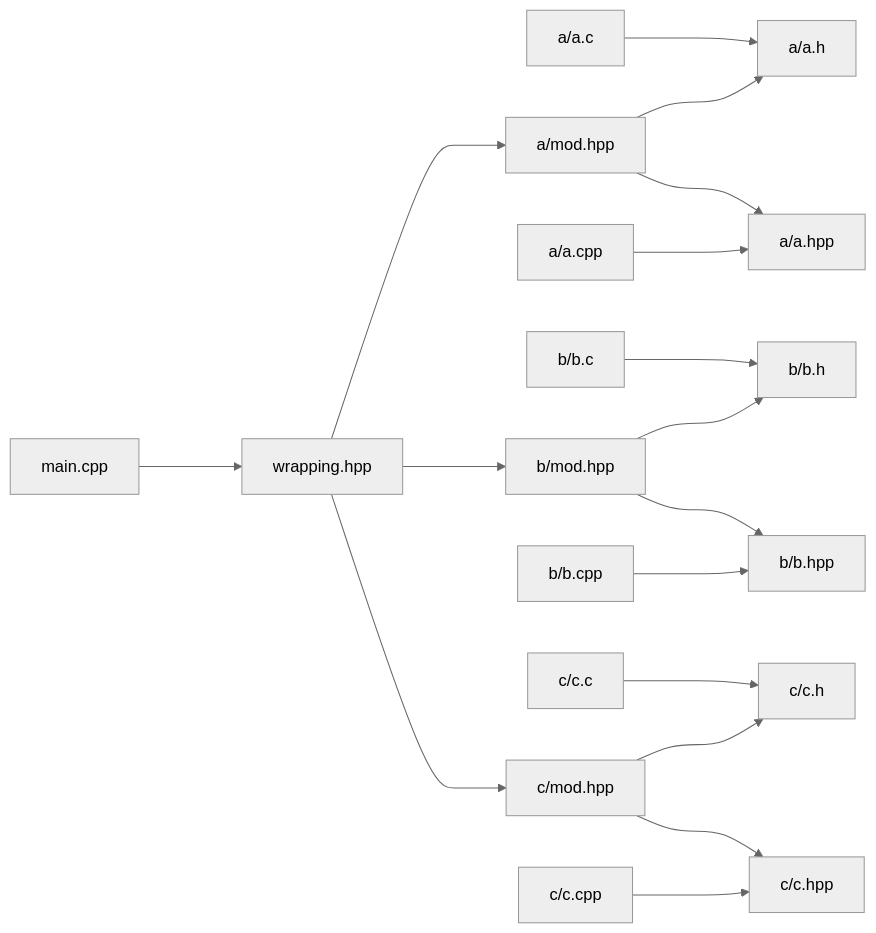
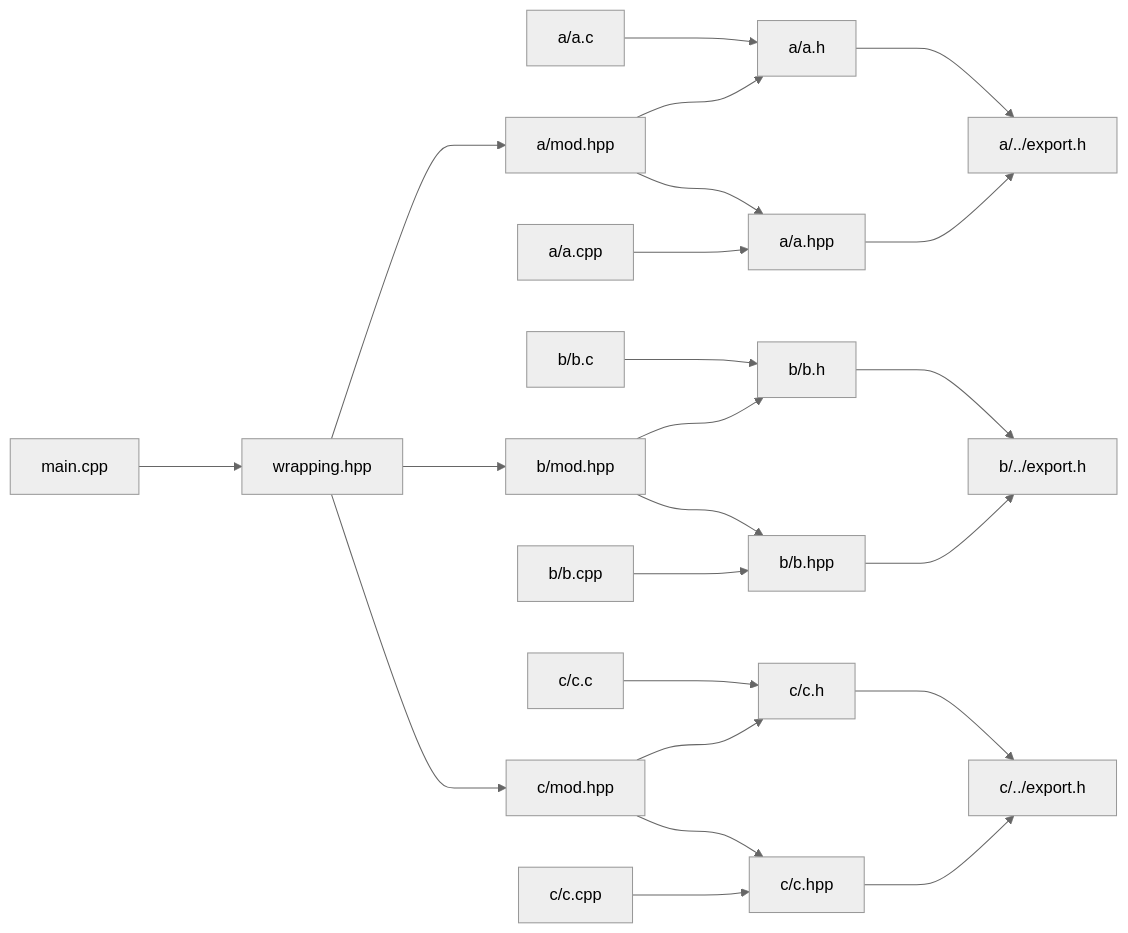
Before and after one commit to ascpkg/asc: the diagram in test_c_cpp.md, drawn with Mermaid (neutral theme). The commit also changed 20 other files, not shown here.

````diff
--- a/test_c_cpp.md
+++ b/test_c_cpp.md
@@ -1,19 +1,25 @@
 ```mermaid
 flowchart LR;
+    a/a.h ---> a/../export.h;
+    a/a.hpp ---> a/../export.h;
     a/a.c ---> a/a.h;
     a/mod.hpp ---> a/a.h;
     a/a.cpp ---> a/a.hpp;
     a/mod.hpp ---> a/a.hpp;
     wrapping.hpp ---> a/mod.hpp;
+    b/b.h ---> b/../export.h;
+    b/b.hpp ---> b/../export.h;
     b/b.c ---> b/b.h;
     b/mod.hpp ---> b/b.h;
     b/b.cpp ---> b/b.hpp;
     b/mod.hpp ---> b/b.hpp;
     wrapping.hpp ---> b/mod.hpp;
+    c/c.h ---> c/../export.h;
+    c/c.hpp ---> c/../export.h;
     c/c.c ---> c/c.h;
     c/mod.hpp ---> c/c.h;
     c/c.cpp ---> c/c.hpp;
     c/mod.hpp ---> c/c.hpp;
     wrapping.hpp ---> c/mod.hpp;
     main.cpp ---> wrapping.hpp;
 ```
````
